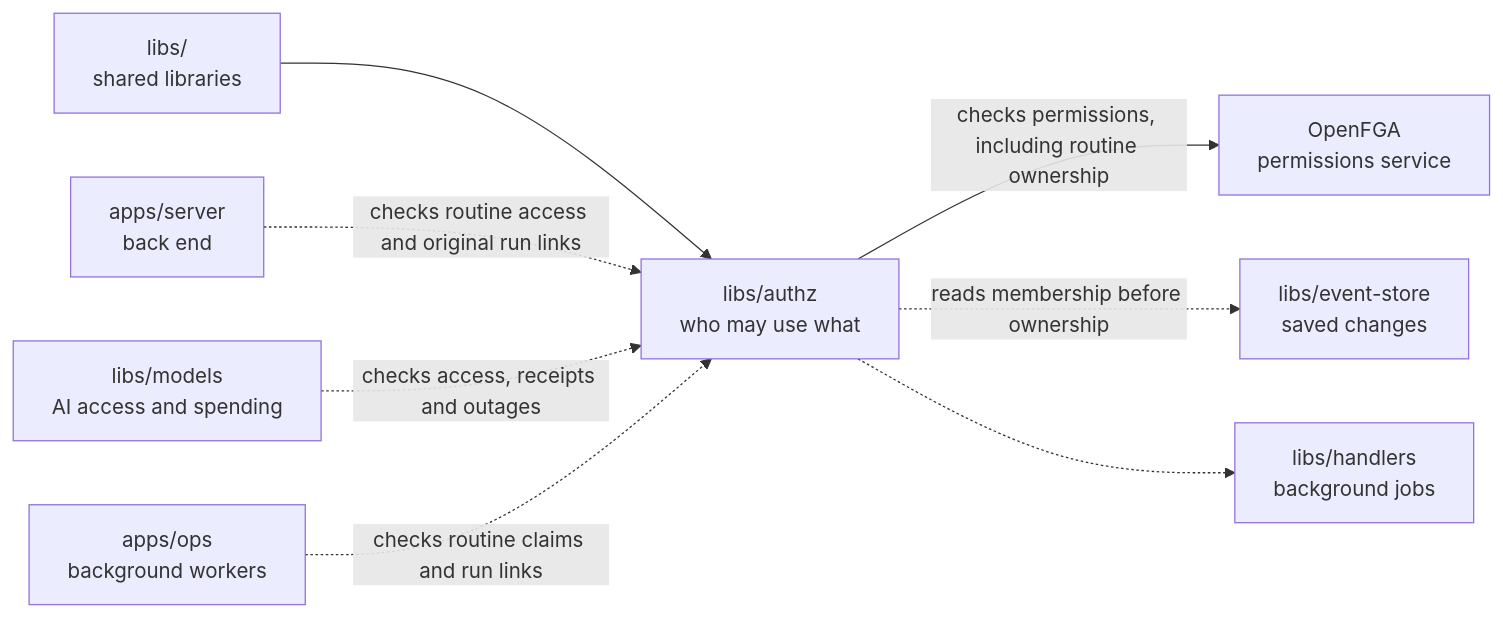
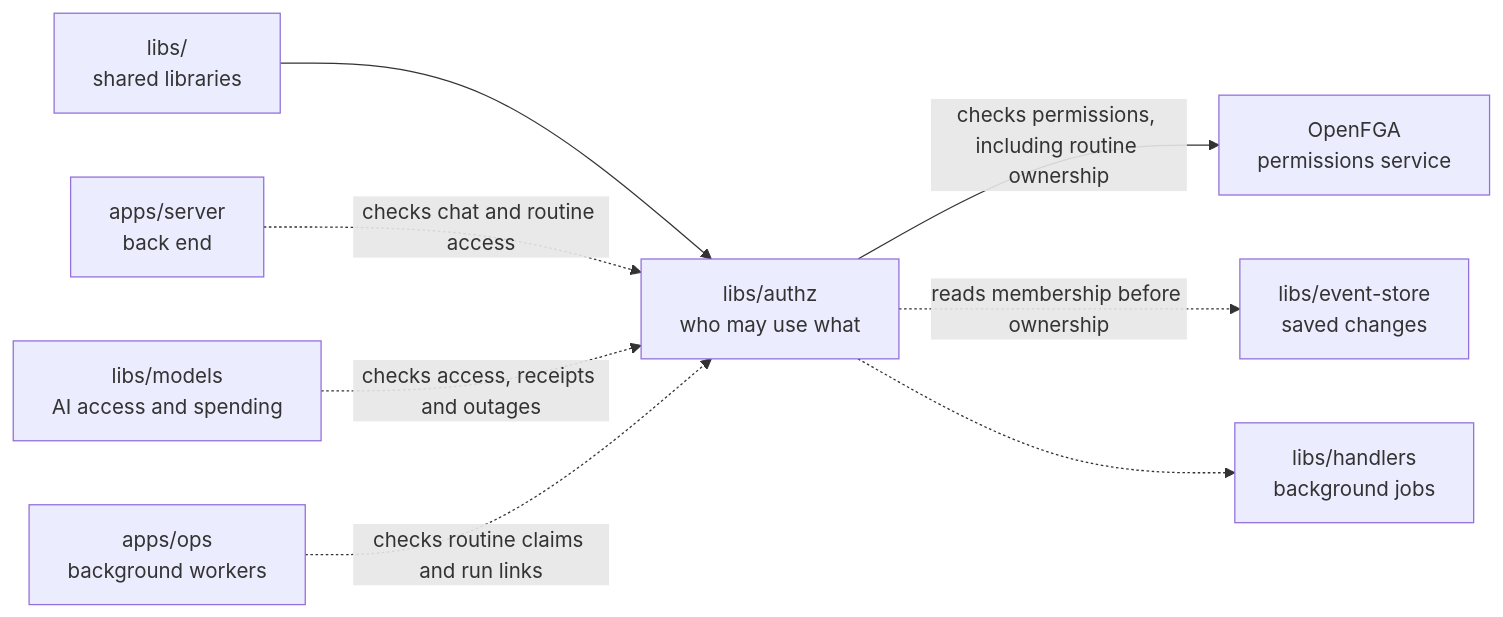
Before and after one commit to elewa-git/opencrane-new: the diagram in libs/authz/README.md, drawn with Mermaid. The commit also changed other lines of this file and 106 other files, not shown here.

````diff
--- a/libs/authz/README.md
+++ b/libs/authz/README.md
@@ -20,10 +20,10 @@
 ```mermaid
 flowchart LR
   parent["libs/<br/>shared libraries"] --> authz["libs/authz<br/>who may use what"]
-  server["apps/server<br/>back end"] -.->|checks routine access and original run links| authz
+  server["apps/server<br/>back end"] -.->|checks chat and routine access| authz
   models["libs/models<br/>AI access and spending"] -.->|checks access, receipts and outages| authz
   ops["apps/ops<br/>background workers"] -.->|checks routine claims and run links| authz
   authz -->|checks permissions, including routine ownership| fga["OpenFGA<br/>permissions service"]
   authz -.->|reads membership before ownership| store["libs/event-store<br/>saved changes"]
   authz -.-> handlers["libs/handlers<br/>background jobs"]
 ```
````
